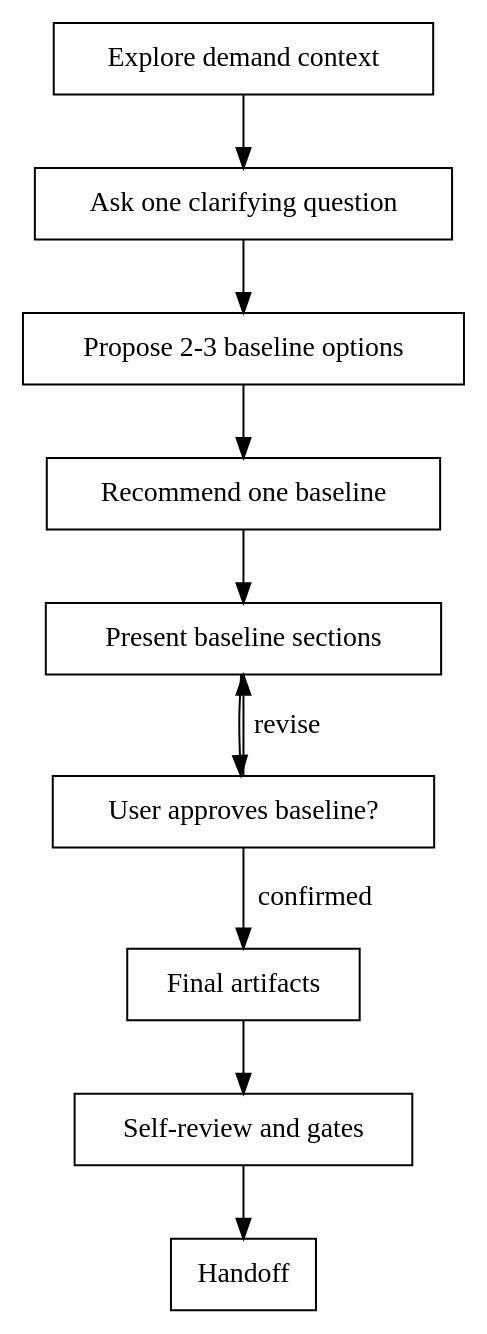
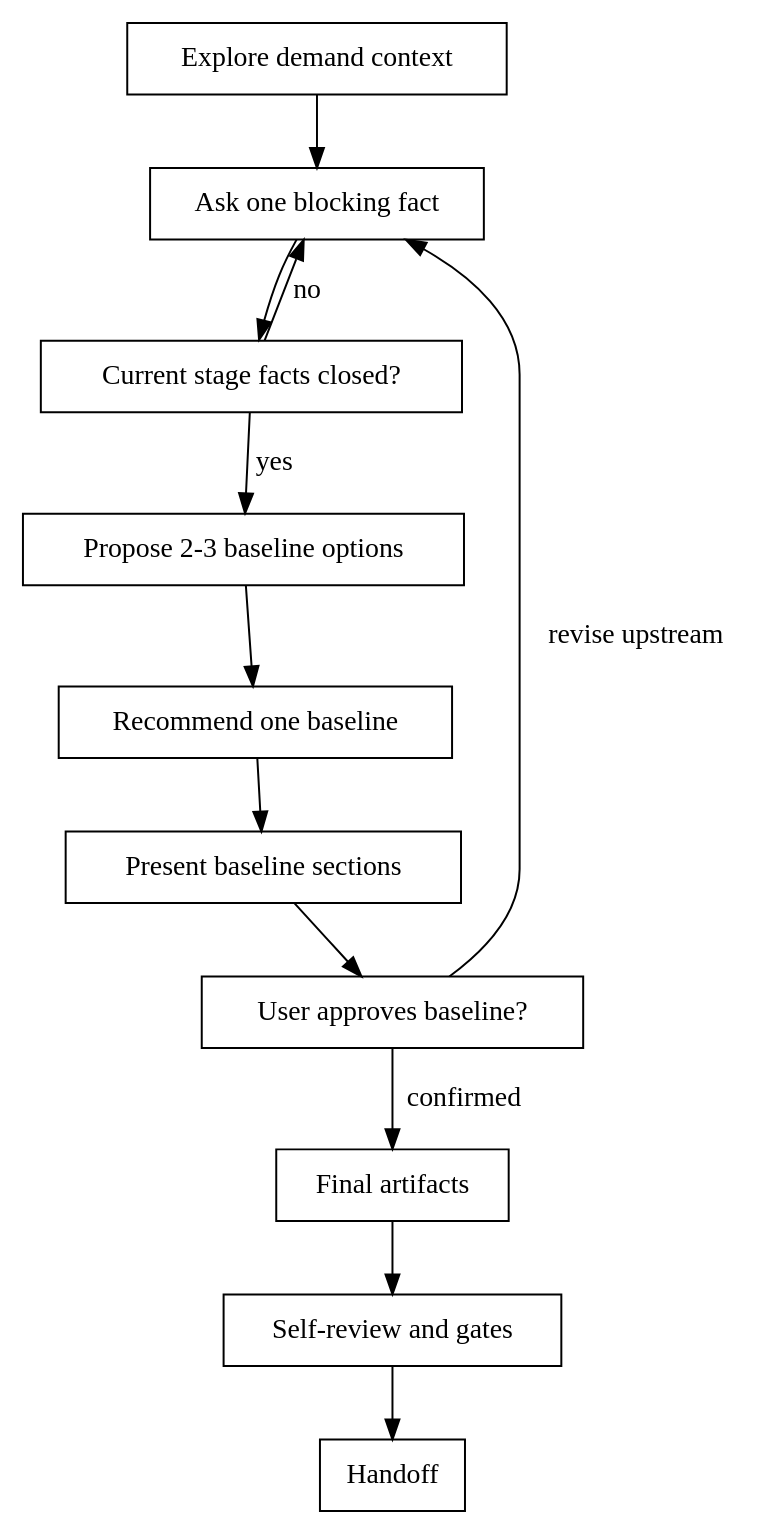
One commit to jieli-cqwl/org-claude-skills changed the diagram in shared/skills/product-director/SKILL.md. Above: the diagram before and after it, drawn with Graphviz. The commit also changed other lines of this file and 473 other files, not shown here.

````diff
--- a/shared/skills/product-director/SKILL.md
+++ b/shared/skills/product-director/SKILL.md
@@ -38,15 +77,17 @@
 ```dot
 digraph product_director_flow {
   rankdir=TB;
   node [shape=box];
-  "Explore demand context" -> "Ask one clarifying question";
-  "Ask one clarifying question" -> "Propose 2-3 baseline options";
+  "Explore demand context" -> "Ask one blocking fact";
+  "Ask one blocking fact" -> "Current stage facts closed?";
+  "Current stage facts closed?" -> "Ask one blocking fact" [label="no"];
+  "Current stage facts closed?" -> "Propose 2-3 baseline options" [label="yes"];
   "Propose 2-3 baseline options" -> "Recommend one baseline";
   "Recommend one baseline" -> "Present baseline sections";
   "Present baseline sections" -> "User approves baseline?";
-  "User approves baseline?" -> "Present baseline sections" [label="revise"];
+  "User approves baseline?" -> "Ask one blocking fact" [label="revise upstream"];
   "User approves baseline?" -> "Final artifacts" [label="confirmed"];
   "Final artifacts" -> "Self-review and gates";
   "Self-review and gates" -> "Handoff";
 }
 ```
````
